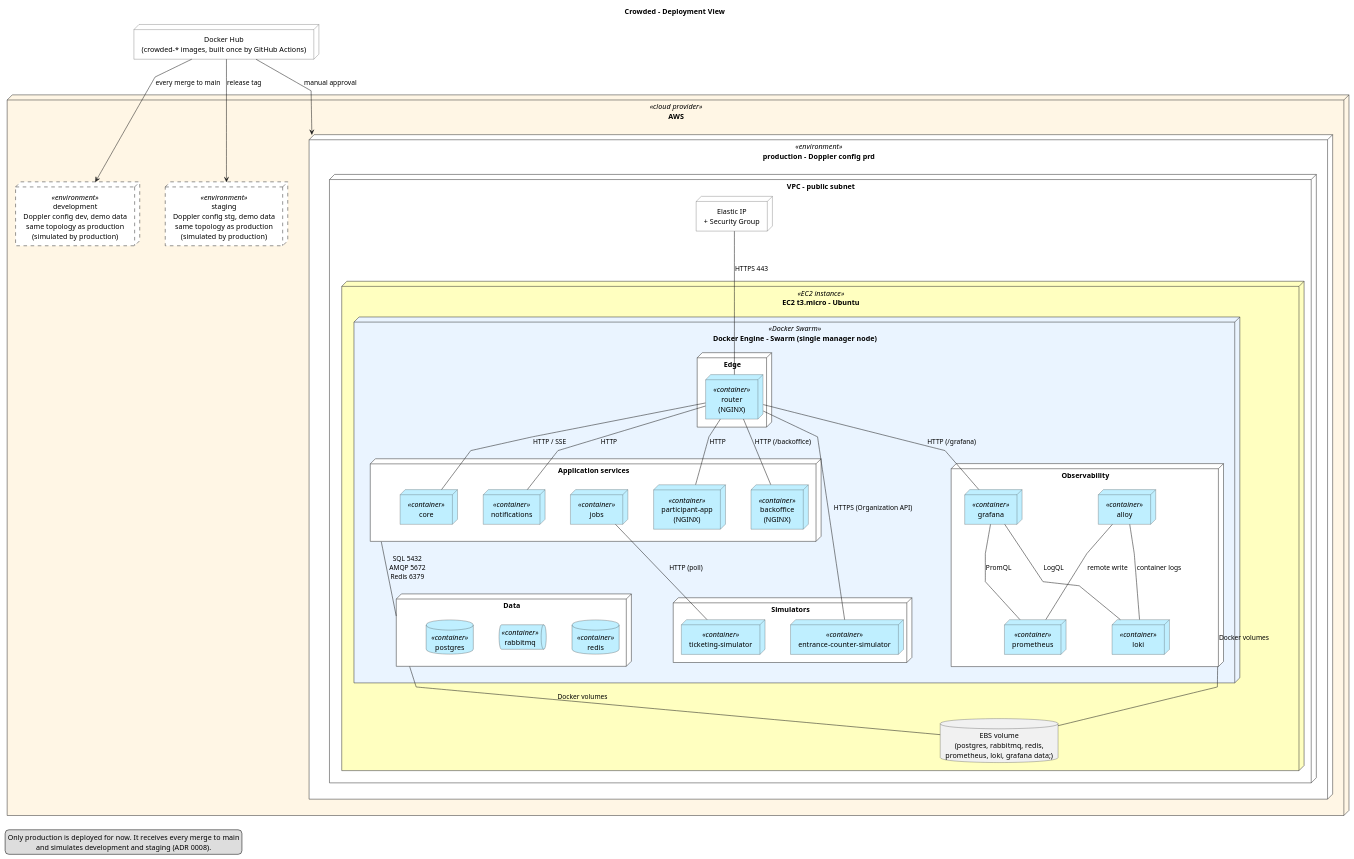
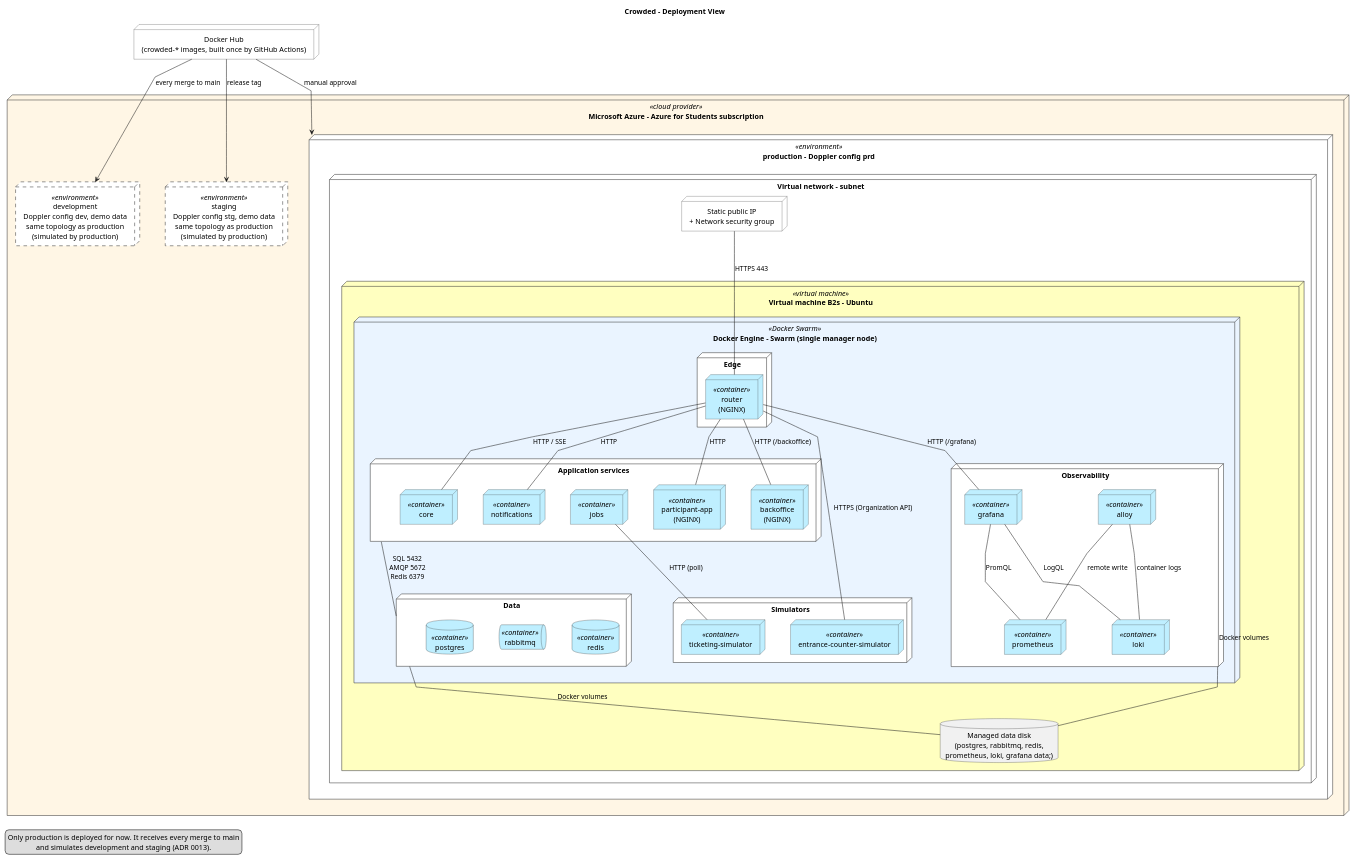
Before and after one commit to andrereis26/crowded-labdsof: the diagram in docs/deliverables/diagrams/deployment-view.puml, drawn with PlantUML. The commit also changed 8 other files, not shown here.

Commit message:
docs(#101): deploy on one Azure VM instead of AWS (ADR 0013)

```diff
--- a/docs/deliverables/diagrams/deployment-view.puml
+++ b/docs/deliverables/diagrams/deployment-view.puml
@@ -1,134 +1,134 @@
 @startuml deployment-view
 ' Crowded - Deployment View
-' Three environments (development, staging, production), each one EC2 instance
+' Three environments (development, staging, production), each one Azure VM
 ' running a single-node Docker Swarm, provisioned with Terraform. Production is
 ' shown in full; development and staging are copies of it. In practice only
-' production is deployed and simulates the other two (ADR 0008).
+' production is deployed and simulates the other two (ADR 0013).
 ' Shows only Crowded's own runtime; external systems are in the logical view.
 ' Sources: logical-view-level-2.puml, requirements.md (NFR-010..NFR-016, SR-008)
 
 title Crowded - Deployment View
 
 skinparam shadowing false
 skinparam linetype polyline
 skinparam nodesep 50
 skinparam ranksep 70
 skinparam defaultTextAlignment center
 
 skinparam node {
   BackgroundColor #FFFFFF
   BorderColor #333333
   BackgroundColor<<cloud provider>> #FFF6E5
-  BackgroundColor<<EC2 instance>> #FFFFC0
+  BackgroundColor<<virtual machine>> #FFFFC0
   BackgroundColor<<Docker Swarm>> #EAF4FF
   BackgroundColor<<container>> #BFEFFF
   BackgroundColor<<environment>> #FFFFFF
 }
 skinparam database {
   BackgroundColor<<container>> #BFEFFF
 }
 skinparam queue {
   BackgroundColor<<container>> #BFEFFF
 }
 
 ' ---------------------------------------------------------------------
-' AWS
+' Azure
 ' ---------------------------------------------------------------------
 node "Docker Hub\n(crowded-* images, built once by GitHub Actions)" as Registry
 
-node "AWS" <<cloud provider>> as AWS {
+node "Microsoft Azure - Azure for Students subscription" <<cloud provider>> as Azure {
 
   node "development\nDoppler config dev, demo data\nsame topology as production\n(simulated by production)" <<environment>> as Dev #line.dashed
 
   node "staging\nDoppler config stg, demo data\nsame topology as production\n(simulated by production)" <<environment>> as Stg #line.dashed
 
   node "production - Doppler config prd" <<environment>> as Prod {
 
-    node "VPC - public subnet" as VPC {
+    node "Virtual network - subnet" as VNet {
 
-      node "Elastic IP\n+ Security Group" as EIP
+      node "Static public IP\n+ Network security group" as PublicIP
 
-      node "EC2 t3.micro - Ubuntu" <<EC2 instance>> as EC2 {
+      node "Virtual machine B2s - Ubuntu" <<virtual machine>> as VM {
 
         node "Docker Engine - Swarm (single manager node)" <<Docker Swarm>> as Swarm {
 
           node "Edge" as EdgeGroup {
             node "router\n(NGINX)" <<container>> as Nginx
           }
 
           node "Application services" as AppGroup {
             node "core" <<container>> as Core
             node "notifications" <<container>> as Notifications
             node "jobs" <<container>> as Jobs
             node "participant-app\n(NGINX)" <<container>> as ParticipantApp
             node "backoffice\n(NGINX)" <<container>> as Backoffice
           }
 
           node "Simulators" as SimGroup {
             node "ticketing-simulator" <<container>> as TicketingSim
             node "entrance-counter-simulator" <<container>> as CounterSim
           }
 
           node "Data" as DataGroup {
             database "postgres" <<container>> as Postgres
             queue "rabbitmq" <<container>> as RabbitMQ
             database "redis" <<container>> as Redis
           }
 
           node "Observability" as ObsGroup {
             node "prometheus" <<container>> as Prometheus
             node "loki" <<container>> as Loki
             node "alloy" <<container>> as Alloy
             node "grafana" <<container>> as Grafana
           }
         }
 
-        database "EBS volume\n(postgres, rabbitmq, redis,\nprometheus, loki, grafana data;)" as EBS
+        database "Managed data disk\n(postgres, rabbitmq, redis,\nprometheus, loki, grafana data;)" as Disk
       }
     }
   }
 }
 
 ' ---------------------------------------------------------------------
 ' Runtime communication
 ' Group-level links keep the view readable; which service uses which
 ' store is shown in the logical view.
 ' ---------------------------------------------------------------------
-EIP -down- Nginx : HTTPS 443
+PublicIP -down- Nginx : HTTPS 443
 
 Nginx -down- Core : HTTP / SSE
 Nginx -down- Notifications : HTTP
 Nginx -down- ParticipantApp : HTTP
 Nginx -down- Backoffice : HTTP (/backoffice)
 Nginx -down- Grafana : HTTP (/grafana)
 
 AppGroup -down- DataGroup : SQL 5432\nAMQP 5672\nRedis 6379
 Jobs -down- TicketingSim : HTTP (poll)
 Nginx -down-- CounterSim : HTTPS (Organization API)
 
 ' --- Observability
 Grafana -down- Prometheus : PromQL
 Grafana -down- Loki : LogQL
 Alloy -down- Loki : container logs
 Alloy -down- Prometheus : remote write
 
 ' --- Layout: data stores side by side
 Postgres -[hidden]right- RabbitMQ
 RabbitMQ -[hidden]right- Redis
 
 ' --- Promotion: the same images move up, never rebuilt
 Registry -down-> Dev : every merge to main
 Registry -down-> Stg : release tag
 Registry -down-> Prod : manual approval
 Dev -[hidden]right- Stg
 
 legend bottom left
   Only production is deployed for now. It receives every merge to main
-  and simulates development and staging (ADR 0008).
+  and simulates development and staging (ADR 0013).
 endlegend
 
 ' --- Storage
-DataGroup -down- EBS : Docker volumes
-ObsGroup -down- EBS : Docker volumes
+DataGroup -down- Disk : Docker volumes
+ObsGroup -down- Disk : Docker volumes
 
 @enduml
```
